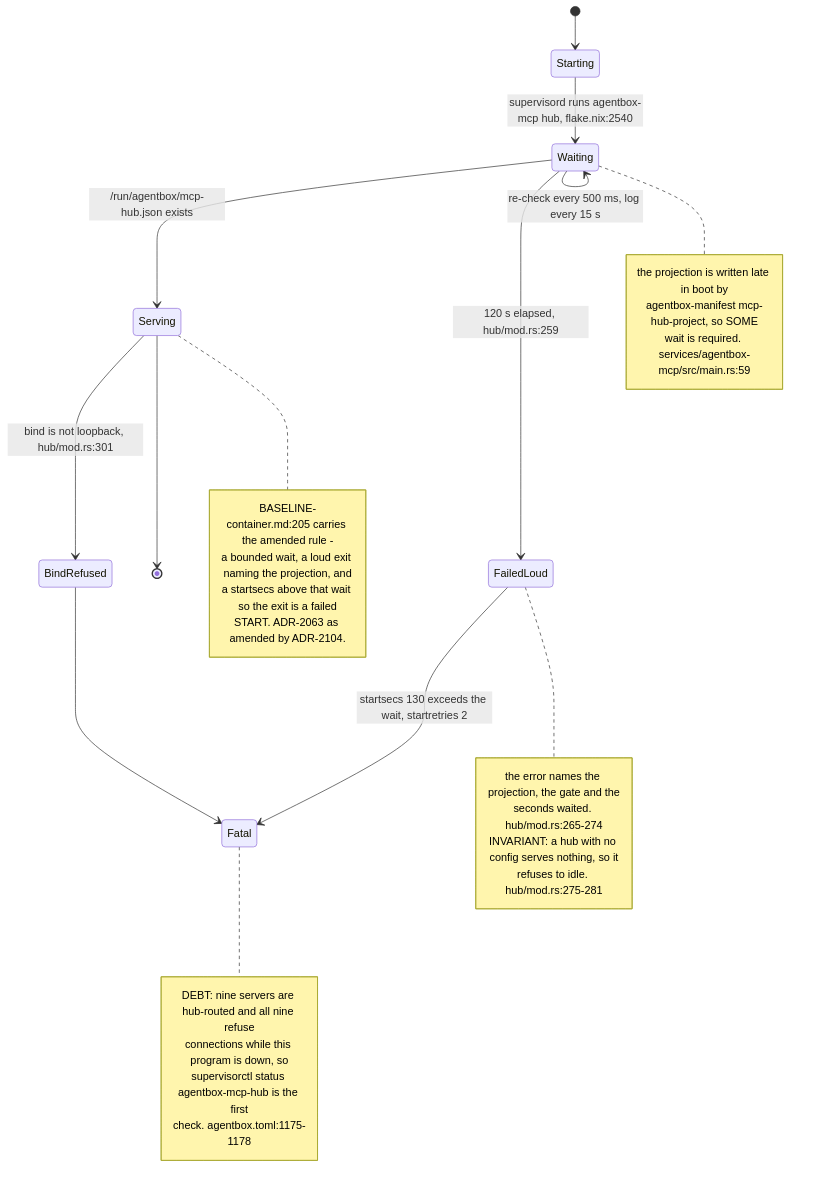
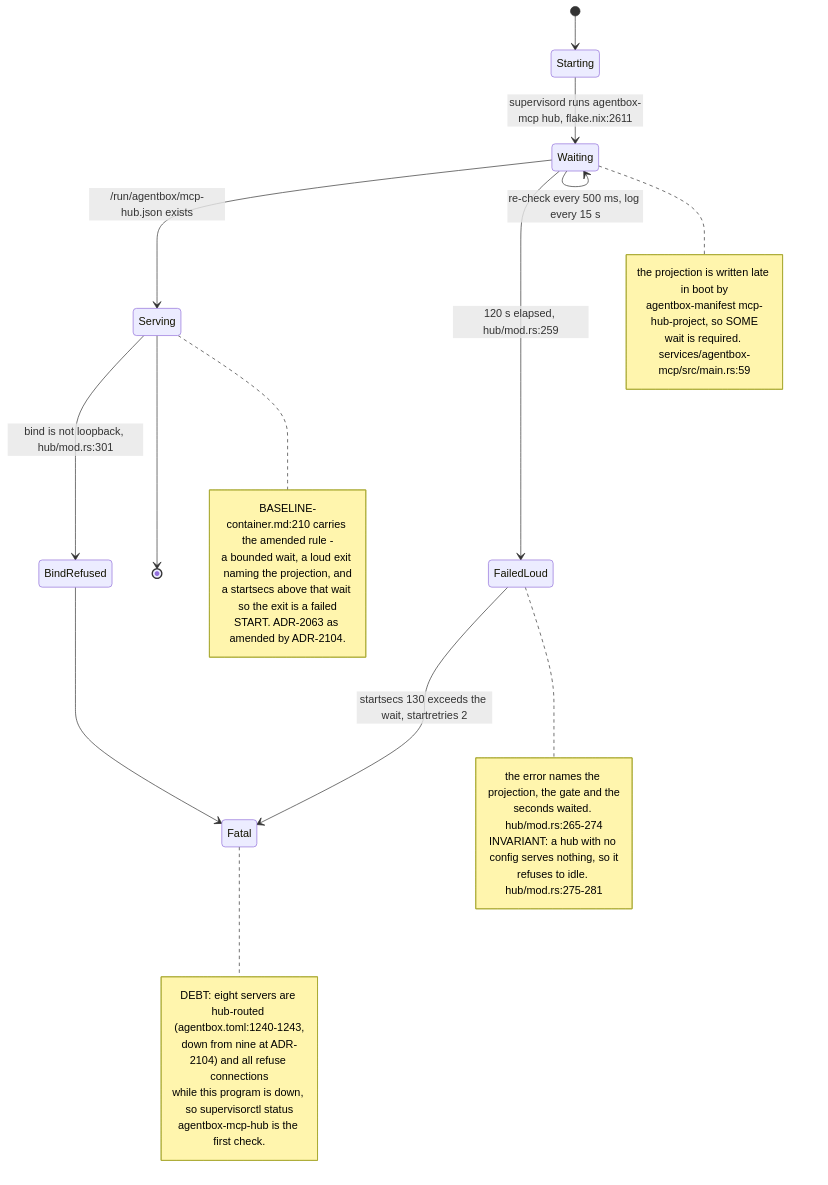
Before and after one commit to DreamLab-AI/VisionFlow: the seventh of 7 diagrams in docs/diagrams/agentbox/09-mcp-servers-catalogue.md, drawn with Mermaid. The commit also changed other lines of this file and 136 other files, not shown here.

First line of the commit message:
docs(diagrams): refresh the whole corpus to code HEAD and prune low-value diagrams

````diff
--- a/docs/diagrams/agentbox/09-mcp-servers-catalogue.md
+++ b/docs/diagrams/agentbox/09-mcp-servers-catalogue.md
@@ -248,35 +222,35 @@
 ```mermaid
 stateDiagram-v2
     [*] --> Starting
-    Starting --> Waiting : supervisord runs agentbox-mcp hub, flake.nix:2540
+    Starting --> Waiting : supervisord runs agentbox-mcp hub, flake.nix:2611
     Waiting --> Serving : /run/agentbox/mcp-hub.json exists
     Waiting --> Waiting : re-check every 500 ms, log every 15 s
     Waiting --> FailedLoud : 120 s elapsed, hub/mod.rs:259
     Serving --> BindRefused : bind is not loopback, hub/mod.rs:301
     FailedLoud --> Fatal : startsecs 130 exceeds the wait, startretries 2
     BindRefused --> Fatal
     Serving --> [*]
     note right of Waiting
         the projection is written late in boot by
         agentbox-manifest mcp-hub-project, so SOME
         wait is required. services/agentbox-mcp/src/main.rs:59
     end note
     note right of FailedLoud
         the error names the projection, the gate and the
         seconds waited. hub/mod.rs:265-274
         INVARIANT: a hub with no config serves nothing, so it
         refuses to idle. hub/mod.rs:275-281
     end note
     note right of Serving
-        BASELINE-container.md:205 carries the amended rule -
+        BASELINE-container.md:210 carries the amended rule -
         a bounded wait, a loud exit naming the projection, and
         a startsecs above that wait so the exit is a failed
         START. ADR-2063 as amended by ADR-2104.
     end note
     note right of Fatal
-        DEBT: nine servers are hub-routed and all nine refuse
-        connections while this program is down, so
-        supervisorctl status agentbox-mcp-hub is the first
-        check. agentbox.toml:1175-1178
+        DEBT: eight servers are hub-routed (agentbox.toml:1240-1243,
+        down from nine at ADR-2104) and all refuse connections
+        while this program is down, so supervisorctl status
+        agentbox-mcp-hub is the first check.
     end note
 ```
````
